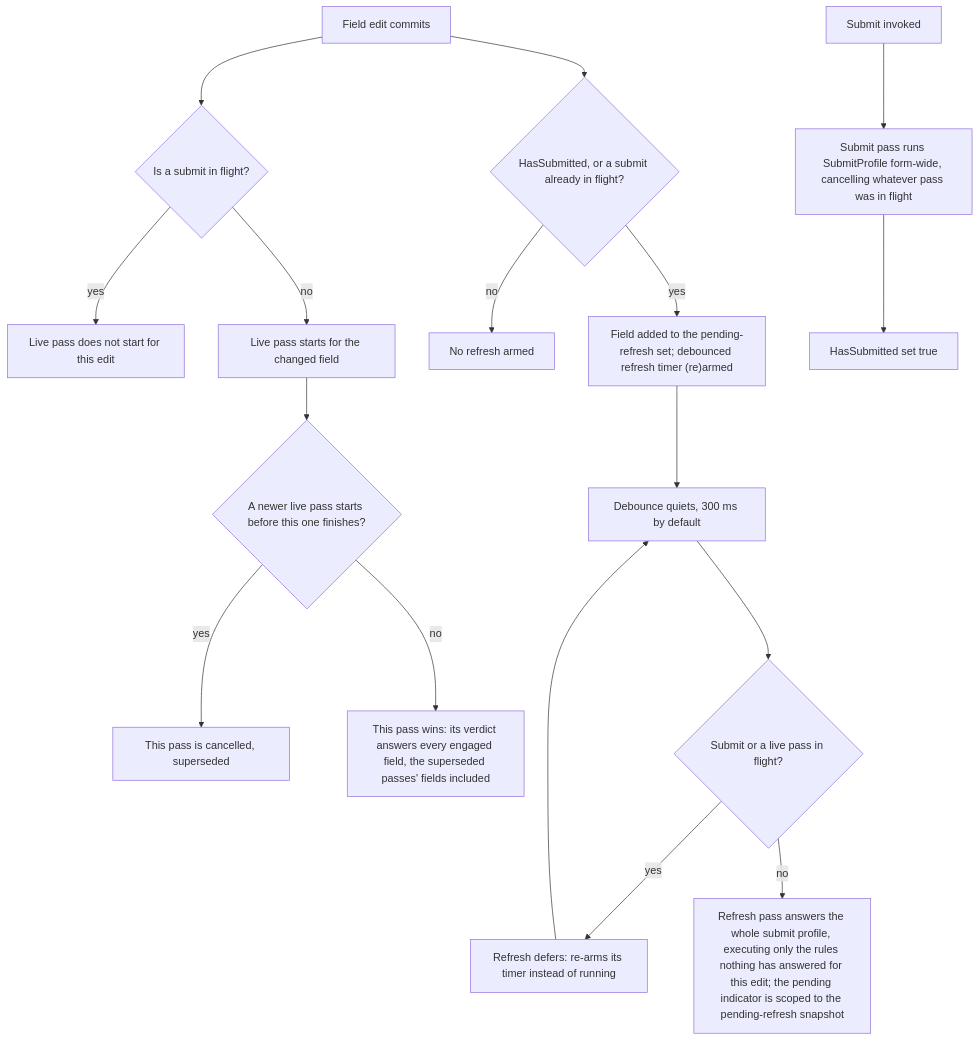
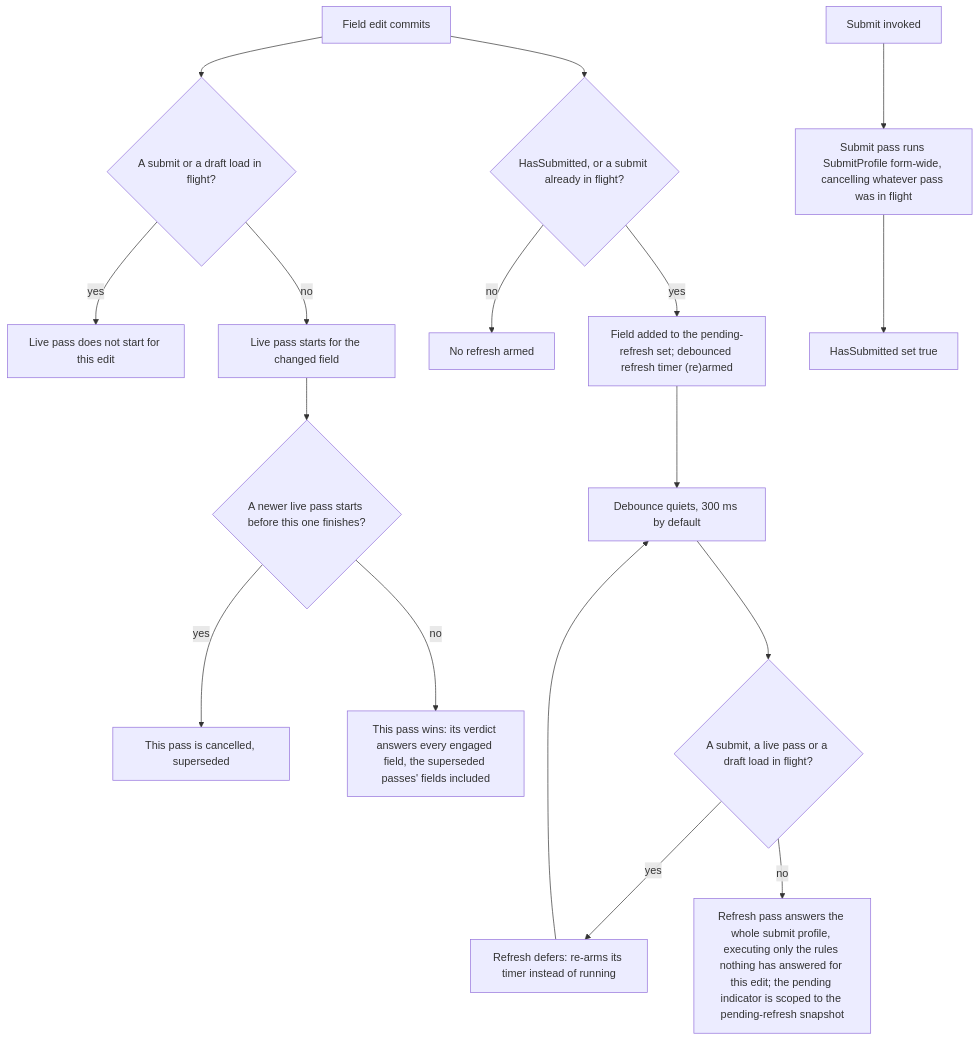
Before and after one commit to xfunc-pty-ltd/formidable: the diagram in docs/async-validation.md, drawn with Mermaid. The commit also changed other lines of this file and 53 other files, not shown here.

````diff
--- a/docs/async-validation.md
+++ b/docs/async-validation.md
@@ -146,22 +146,22 @@
 ```mermaid
 flowchart TD
-    A["Field edit commits"] --> B{"Is a submit in flight?"}
+    A["Field edit commits"] --> B{"A submit or a draft load in flight?"}
     B -- "yes" --> C["Live pass does not start for this edit"]
     B -- "no" --> D["Live pass starts for the changed field"]
     D --> E{"A newer live pass starts before this one finishes?"}
     E -- "yes" --> F["This pass is cancelled, superseded"]
     E -- "no" --> G["This pass wins: its verdict answers every engaged field, the superseded passes' fields included"]
 
     A --> H{"HasSubmitted, or a submit already in flight?"}
     H -- "no" --> I["No refresh armed"]
     H -- "yes" --> J["Field added to the pending-refresh set; debounced refresh timer (re)armed"]
 
     J --> K["Debounce quiets, 300 ms by default"]
-    K --> L{"Submit or a live pass in flight?"}
+    K --> L{"A submit, a live pass or a draft load in flight?"}
     L -- "yes" --> M["Refresh defers: re-arms its timer instead of running"]
     M --> K
     L -- "no" --> N["Refresh pass answers the whole submit profile, executing only the rules nothing has answered for this edit; the pending indicator is scoped to the pending-refresh snapshot"]
 
     O["Submit invoked"] --> P["Submit pass runs SubmitProfile form-wide, cancelling whatever pass was in flight"]
     P --> Q["HasSubmitted set true"]
 ```
````
